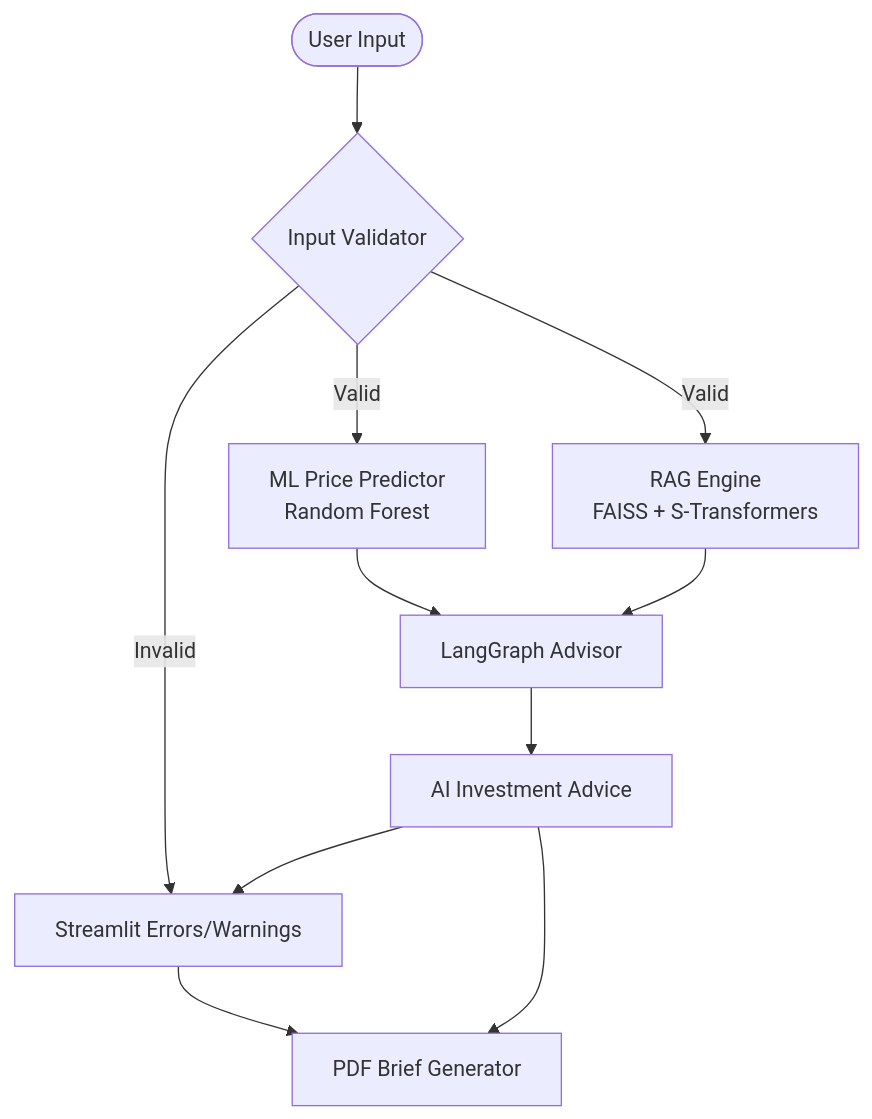
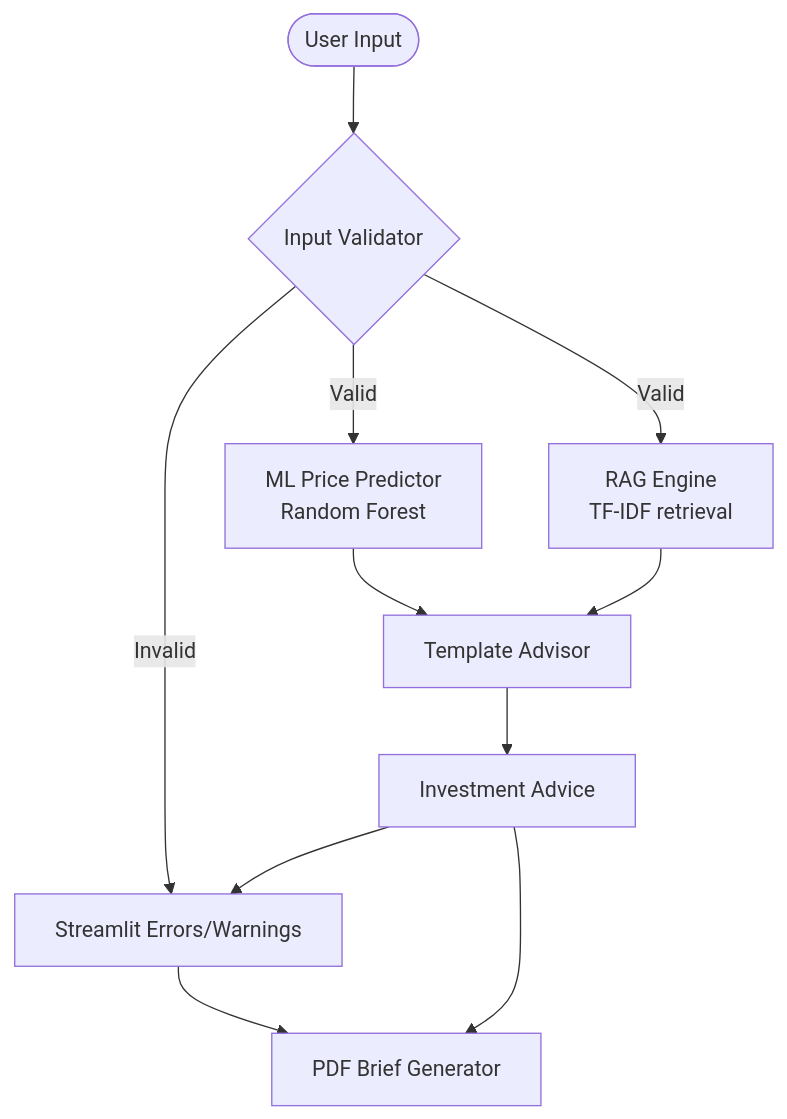
Before and after one commit to Subham-KRLX/property-valuation-agentic-advisor: the diagram in README.md, drawn with Mermaid. The commit also changed other lines of this file and 12 other files, not shown here.

````diff
--- a/README.md
+++ b/README.md
@@ -14,15 +14,15 @@
 ```mermaid
 graph TD
     User([User Input]) --> Val{Input Validator}
     Val -- Invalid --> UI[Streamlit Errors/Warnings]
     Val -- Valid --> ML[ML Price Predictor<br/>Random Forest]
-    Val -- Valid --> RAG[RAG Engine<br/>FAISS + S-Transformers]
+    Val -- Valid --> RAG[RAG Engine<br/>TF-IDF retrieval]
     
-    ML --> Agent[LangGraph Advisor]
+    ML --> Agent[Template Advisor]
     RAG --> Agent
     
-    Agent --> Adv[AI Investment Advice]
+    Agent --> Adv[Investment Advice]
     Adv --> UI
     Adv --> PDF[PDF Brief Generator]
     UI --> PDF
 ```
````
